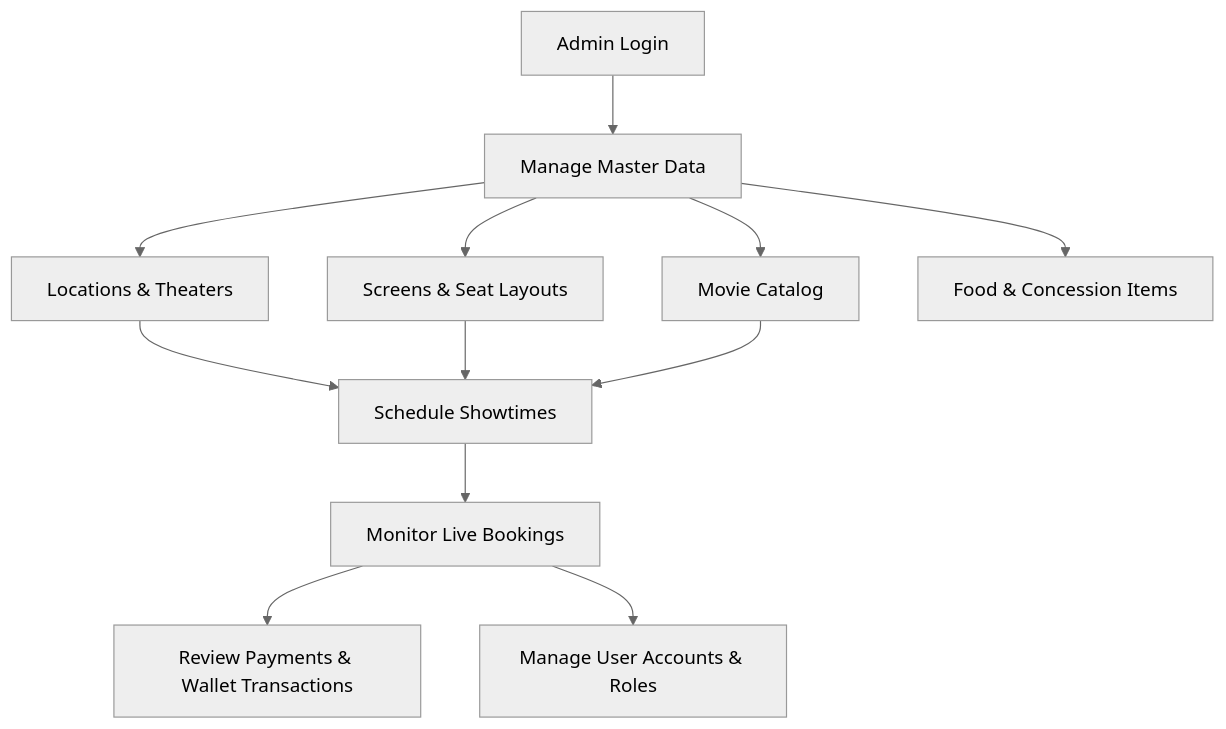
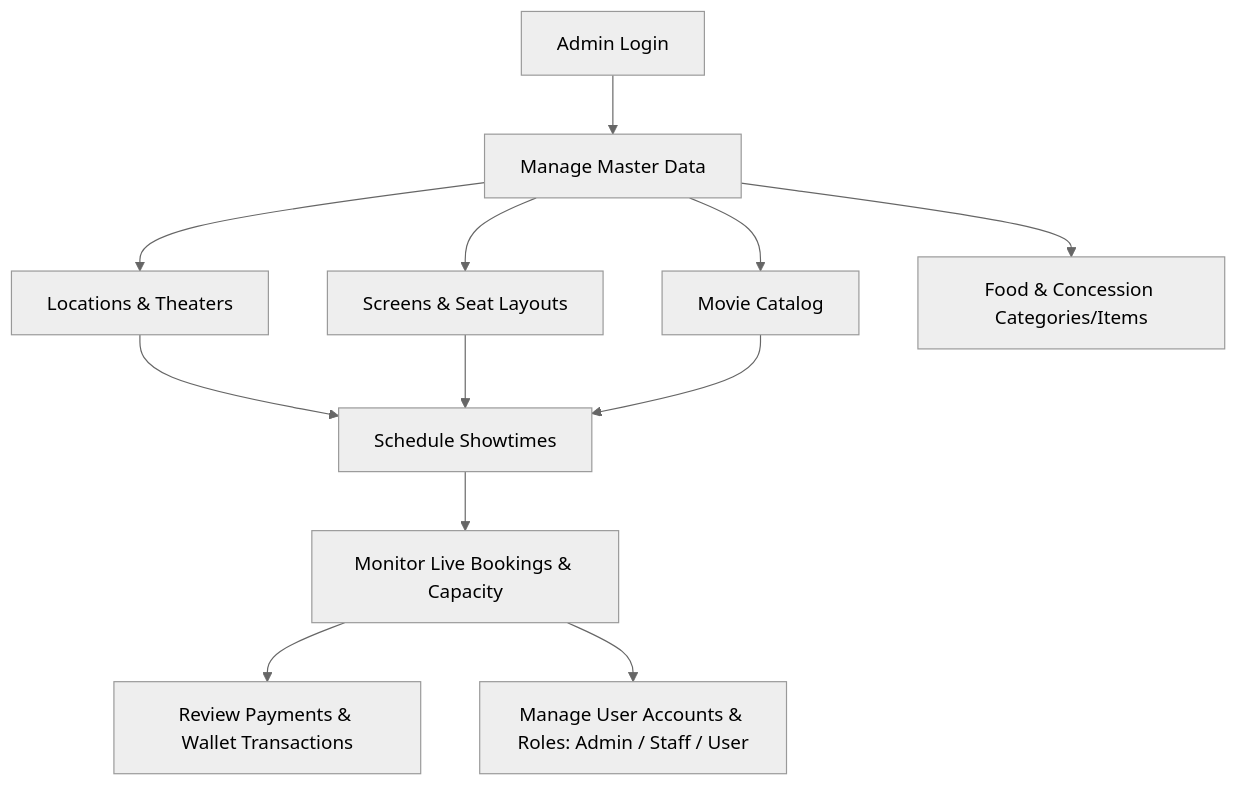
One commit to CenimManagementSystem/cenima_final_project changed the third of 3 diagrams in SystemFlow.md. Above: the diagram before and after it, drawn with Mermaid (neutral theme). The commit also changed other lines of this file and 53 other files, not shown here.

````diff
--- a/SystemFlow.md
+++ b/SystemFlow.md
@@ -62,16 +79,16 @@
 ```mermaid
 flowchart TD
     A[Admin Login] --> B[Manage Master Data]
     B --> C[Locations & Theaters]
     B --> D[Screens & Seat Layouts]
     B --> E[Movie Catalog]
-    B --> F[Food & Concession Items]
+    B --> F[Food & Concession Categories/Items]
     
     C --> G[Schedule Showtimes]
     D --> G
     E --> G
     
-    G --> H[Monitor Live Bookings]
+    G --> H[Monitor Live Bookings & Capacity]
     H --> I[Review Payments & Wallet Transactions]
-    H --> J[Manage User Accounts & Roles]
+    H --> J[Manage User Accounts & Roles: Admin / Staff / User]
 ```
````
